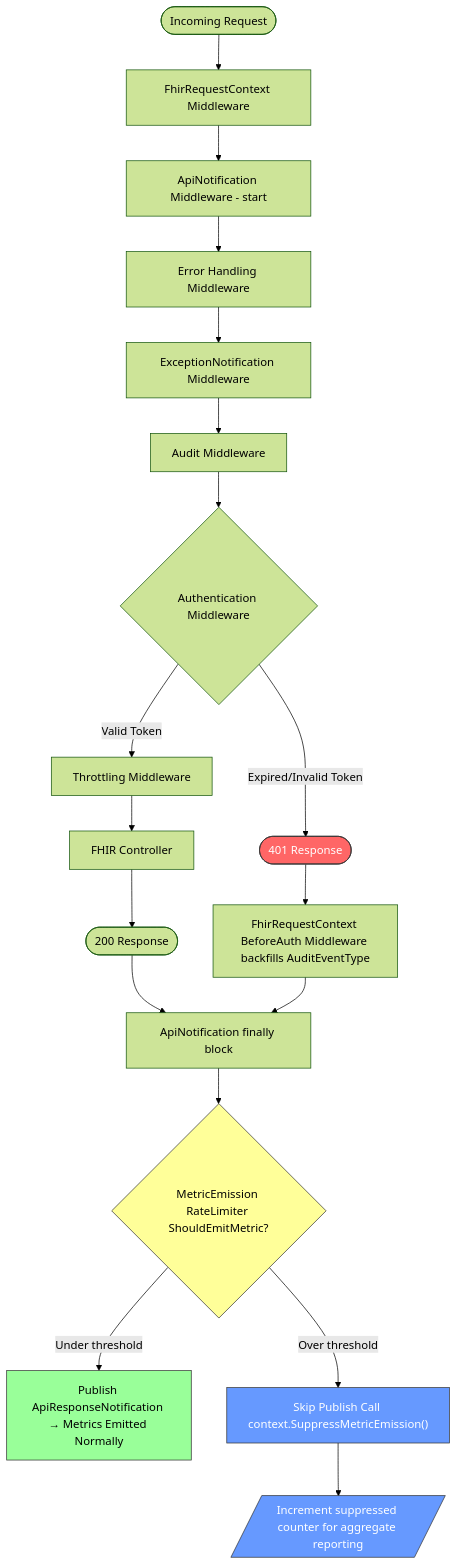
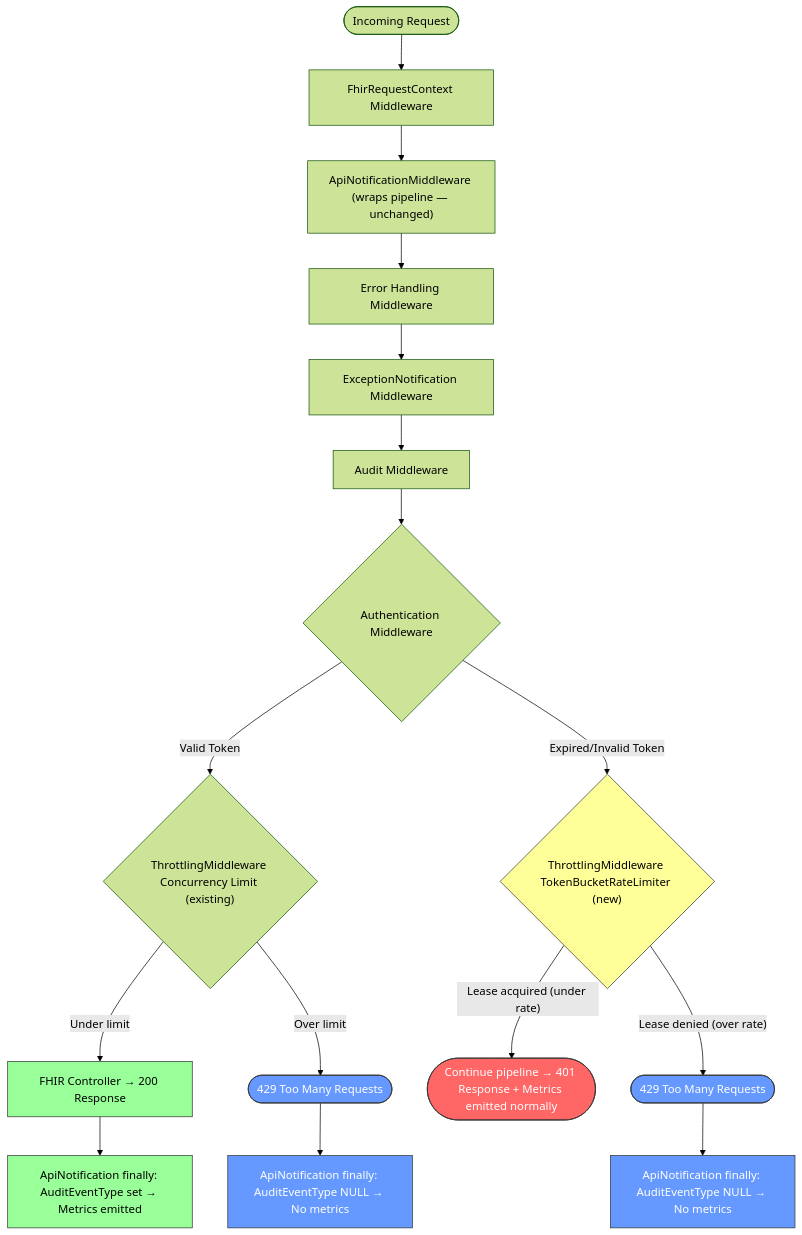
Before and after one commit to microsoft/fhir-server: the third of 5 diagrams in docs/arch/adr-2605-metric-emission-rate-limiting.md, drawn with Mermaid (forest theme). The commit also changed other lines of this file, not shown here.

Commit message:
Simplify rate limiter bucket

````diff
--- a/docs/arch/adr-2605-metric-emission-rate-limiting.md
+++ b/docs/arch/adr-2605-metric-emission-rate-limiting.md
@@ -255,32 +266,31 @@
 ```mermaid
 flowchart TD
     REQ([Incoming Request]) --> CTX[FhirRequestContext Middleware]
-    CTX --> API_START[ApiNotification Middleware - start]
+    CTX --> API_START["ApiNotificationMiddleware (wraps pipeline — unchanged)"]
     API_START --> ERR[Error Handling Middleware]
     ERR --> EXC[ExceptionNotification Middleware]
     EXC --> AUDIT[Audit Middleware]
     AUDIT --> AUTH{Authentication Middleware}
 
-    AUTH -->|Valid Token| THROTTLE[Throttling Middleware]
-    THROTTLE --> CONTROLLER[FHIR Controller]
-    CONTROLLER --> RESP_OK([200 Response])
+    AUTH -->|Valid Token| CONC_LIMIT{"ThrottlingMiddleware Concurrency Limit (existing)"}
+    AUTH -->|"Expired/Invalid Token"| RATE_LIMIT{"ThrottlingMiddleware TokenBucketRateLimiter (new)"}
 
-    AUTH -->|Expired/Invalid Token| RESP_401([401 Response])
+    CONC_LIMIT -->|Under limit| CONTROLLER[FHIR Controller → 200 Response]
+    CONC_LIMIT -->|Over limit| REJECT_CONC(["429 Too Many Requests"])
 
-    RESP_OK --> API_FINALLY[ApiNotification finally block]
-    RESP_401 --> BACKFILL[FhirRequestContext BeforeAuth Middleware backfills AuditEventType]
-    BACKFILL --> API_FINALLY
+    RATE_LIMIT -->|"Lease acquired (under rate)"| NEXT_UNAUTH([Continue pipeline → 401 Response + Metrics emitted normally])
+    RATE_LIMIT -->|"Lease denied (over rate)"| REJECT_RATE(["429 Too Many Requests"])
 
-    API_FINALLY --> RATE_CHECK{MetricEmission RateLimiter ShouldEmitMetric?}
+    CONTROLLER --> API_OK["ApiNotification finally: AuditEventType set → Metrics emitted"]
+    REJECT_CONC --> API_429_C["ApiNotification finally: AuditEventType NULL → No metrics"]
+    REJECT_RATE --> API_429_R["ApiNotification finally: AuditEventType NULL → No metrics"]
 
-    RATE_CHECK -->|Under threshold| EMIT["Publish ApiResponseNotification → Metrics Emitted Normally"]
-    RATE_CHECK -->|Over threshold| SUPPRESS["Skip Publish Call context.SuppressMetricEmission()"]
-
-    SUPPRESS --> LOG_SUPPRESS[/"Increment suppressed counter for aggregate reporting"/]
-
-    style RESP_401 fill:#f66,stroke:#333,color:#fff
-    style EMIT fill:#9f9,stroke:#333,color:#000
-    style SUPPRESS fill:#69f,stroke:#333,color:#fff
-    style RATE_CHECK fill:#ff9,stroke:#333,color:#000
-    style LOG_SUPPRESS fill:#69f,stroke:#333,color:#fff
+    style RATE_LIMIT fill:#ff9,stroke:#333,color:#000
+    style REJECT_RATE fill:#69f,stroke:#333,color:#fff
+    style API_429_R fill:#69f,stroke:#333,color:#fff
+    style REJECT_CONC fill:#69f,stroke:#333,color:#fff
+    style API_429_C fill:#69f,stroke:#333,color:#fff
+    style NEXT_UNAUTH fill:#f66,stroke:#333,color:#fff
+    style API_OK fill:#9f9,stroke:#333,color:#000
+    style CONTROLLER fill:#9f9,stroke:#333,color:#000
 ```
````
